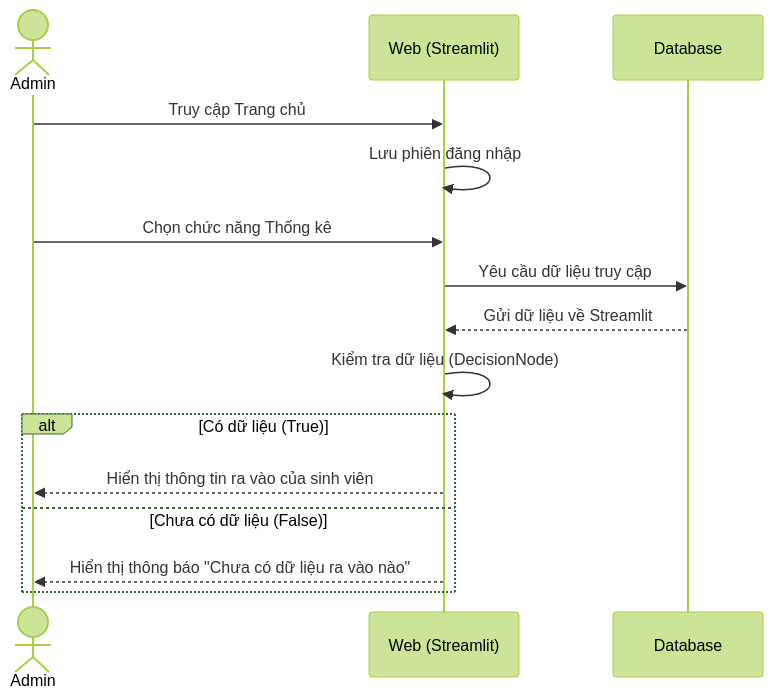
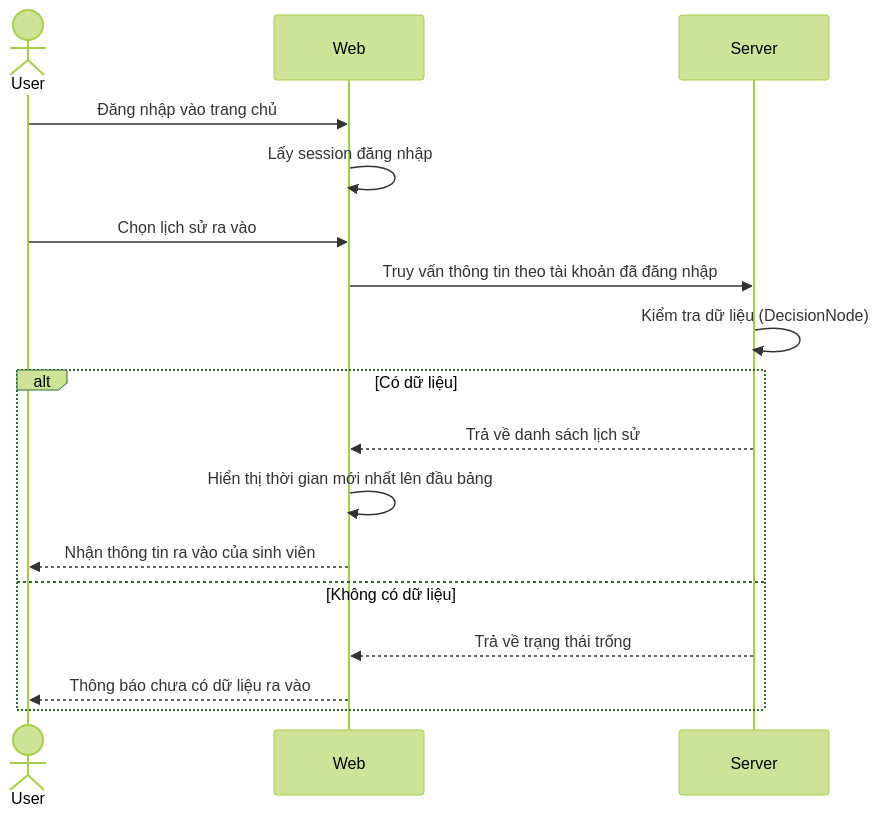
One commit to Duckkeip/TTTNDKT changed the second of 2 diagrams in README.md. Above: the diagram before and after it, drawn with Mermaid (forest theme).

````diff
--- a/README.md
+++ b/README.md
@@ -78,21 +78,23 @@
 ```mermaid
 sequenceDiagram
-    actor Admin
-    participant Web as Web (Streamlit)
-    participant DB as Database
+    actor User
+    participant Web
+    participant Server
 
-    Admin->>Web: Truy cập Trang chủ
-    Web->>Web: Lưu phiên đăng nhập
+    User->>Web: Đăng nhập vào trang chủ
+    Web->>Web: Lấy session đăng nhập
     
-    Admin->>Web: Chọn chức năng Thống kê
-    Web->>DB: Yêu cầu dữ liệu truy cập
-    DB-->>Web: Gửi dữ liệu về Streamlit
+    User->>Web: Chọn lịch sử ra vào
+    Web->>Server: Truy vấn thông tin theo tài khoản đã đăng nhập
     
-    Web->>Web: Kiểm tra dữ liệu (DecisionNode)
+    Server->>Server: Kiểm tra dữ liệu (DecisionNode)
     
-    alt Có dữ liệu (True)
-        Web-->>Admin: Hiển thị thông tin ra vào của sinh viên
-    else Chưa có dữ liệu (False)
-        Web-->>Admin: Hiển thị thông báo "Chưa có dữ liệu ra vào nào"
+    alt Có dữ liệu
+        Server-->>Web: Trả về danh sách lịch sử
+        Web->>Web: Hiển thị thời gian mới nhất lên đầu bảng
+        Web-->>User: Nhận thông tin ra vào của sinh viên
+    else Không có dữ liệu
+        Server-->>Web: Trả về trạng thái trống
+        Web-->>User: Thông báo chưa có dữ liệu ra vào
     end
 ```
````
